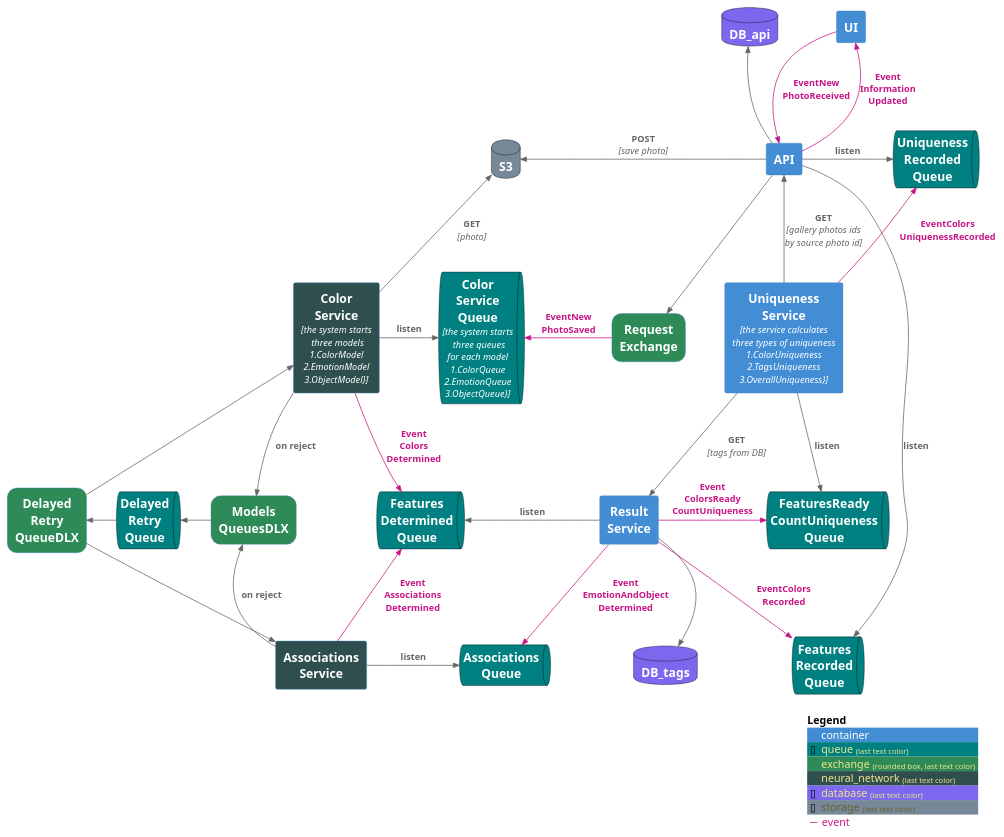
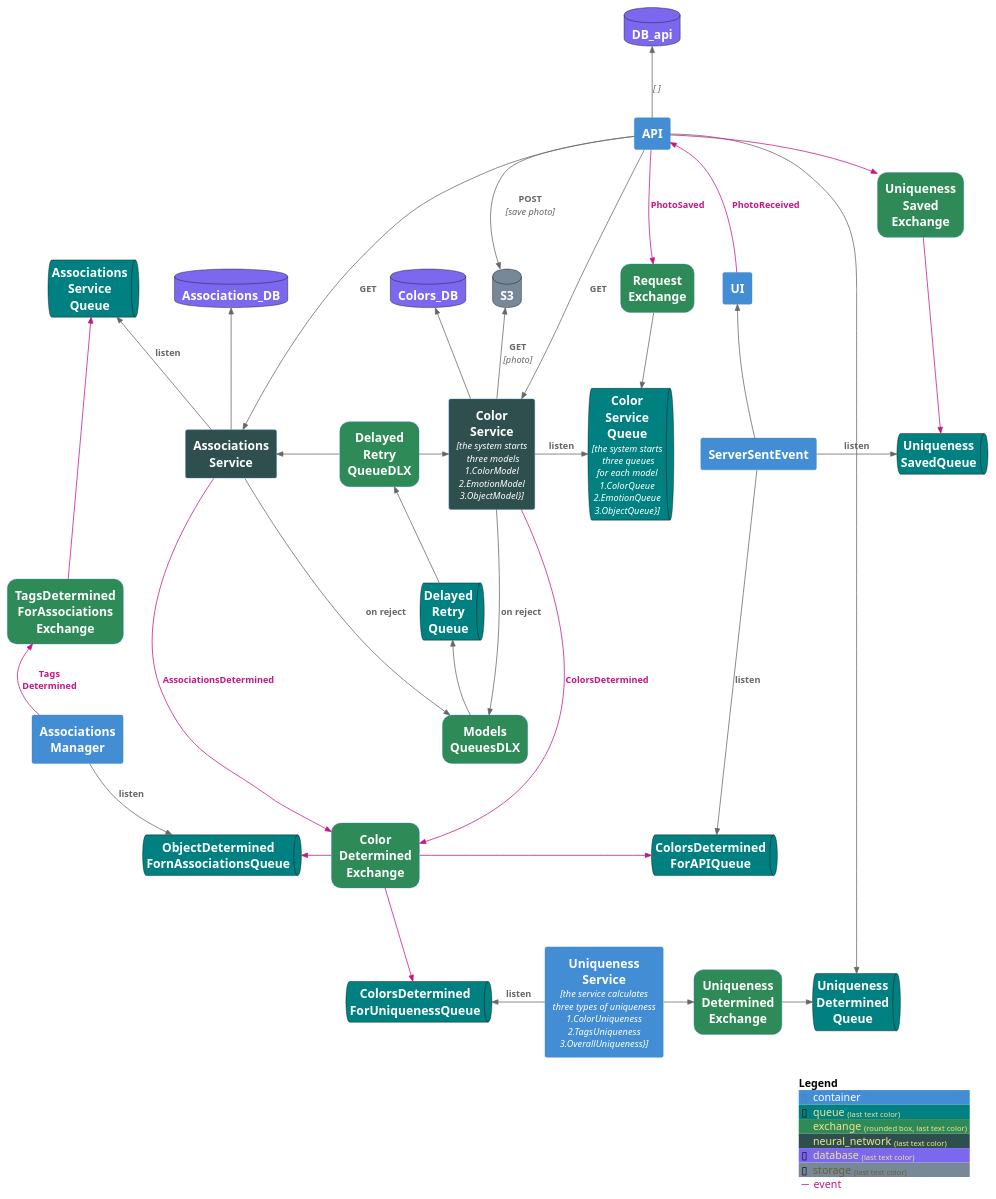
The diagram in system_components_diagram.puml (TourmalineCore/picachu-documentation), drawn with PlantUML before and after one commit. The commit also changed other lines of this file and 1 other file, not shown here.

Commit message:
docs(plantuml): add plantuml system diagram

```diff
--- a/system_components_diagram.puml
+++ b/system_components_diagram.puml
@@ -1,104 +1,146 @@
 @startuml C4_Elements
 !include https://raw.githubusercontent.com/plantuml-stdlib/C4-PlantUML/master/C4_Container.puml
 HIDE_STEREOTYPE()
 
 AddElementTag("queue", $bgColor="Teal",$borderColor="black")
 AddElementTag("exchange", $bgColor="SeaGreen",$shape=RoundedBoxShape())
 AddElementTag("neural_network", $bgColor="DarkSlateGray")
 AddElementTag("database", $bgColor="MediumSlateBlue",$borderColor="black")
 AddElementTag("storage", $bgColor="LightSlateGray",$borderColor="black")
 AddRelTag("event", $textColor="MediumVioletRed", $lineColor="MediumVioletRed")
 
 Container(UI, "UI", "", "")
 Container(API, "API", "", "")
+Container(ServerSentEvent, "ServerSentEvent", "", "")
 
 ContainerQueue(ColorServiceQueue, "Color\nService\nQueue", "the system starts\n three queues\nfor each model\n1.ColorQueue\n2.EmotionQueue\n3.ObjectQueue}", "",$tags = "queue")
+ContainerQueue(AssociationsServiceQueue, "Associations\nService\nQueue", "", "",$tags = "queue")
+
+
 
 ContainerDb(S3, "S3", "", "",$tags="storage")
-ContainerDb(DB, "DB_api", "", "",$tags="database")
-ContainerDb(DB_tags, "DB_tags", "", "", $tags="database")
+ContainerDb(DB_api, "DB_api", "", "",$tags="database")
+ContainerDb(Associations_DB, "Associations_DB", "", "",$tags="database")
+ContainerDb(Colors_DB, "Colors_DB", "", "",$tags="database")
+
 ContainerQueue(DelayedRetryQueue, "Delayed\nRetry\nQueue", "", "",  $tags = "queue")
 Container(ColorService, "Color\nService", "the system starts\n three models\n1.ColorModel\n2.EmotionModel\n3.ObjectModel}", "",$tags="neural_network")
 
+Container(AssociationsManager, "Associations\nManager", "", "")
+
+
 Container(RequestExchange, "Request\nExchange", "", "", $tags ="exchange")
+Container(ColorDeterminedExchange, "Color\nDetermined\nExchange", "", "", $tags ="exchange")
+Container(UniquenessDeterminedExchange, "Uniqueness\nDetermined\nExchange", "", "", $tags ="exchange")
+
+Container(UniquenessSavedExchange, "Uniqueness\nSaved\nExchange", "", "", $tags ="exchange")
+ContainerQueue(UniquenessSavedQueue, "Uniqueness\nSavedQueue", "", "",$tags = "queue")
+
 
 Container(ModelsQueuesDLX, "Models\nQueuesDLX", "", "",$tags ="exchange")
 Container(DelayedRetryQueueDLX, "Delayed\nRetry\nQueueDLX", "", "",$tags ="exchange")
 
-Container(ResultService, "Result\nService", "", "")
-ContainerQueue(FeaturesDeterminedQueue, "Features\nDetermined\nQueue", "", "",$tags = "queue")
+ContainerQueue(ColorsDeterminedForAPIQueue, "ColorsDetermined\nForAPIQueue", "", "",$tags = "queue")
+ContainerQueue(ColorsDeterminedForUniquenessQueue, "ColorsDetermined\nForUniquenessQueue", "", "",$tags = "queue")
 
-ContainerQueue(AssociationsQueue, "Associations\nQueue", "", "",$tags = "queue")
+Container(TagsDeterminedForAssociationsExchange, "TagsDetermined\nForAssociations\nExchange", "", "", $tags ="exchange")
+
+ContainerQueue(ObjectDeterminedForAssociationsQueue, "ObjectDetermined\nFornAssociationsQueue", "", "",$tags = "queue")
 Container(AssociationsService, "Associations\nService", "", "",$tags="neural_network")
 
 Container(UniquenessService, "Uniqueness\nService", "the service calculates\nthree types of uniqueness \n1.ColorUniqueness\n2.TagsUniqueness\n3.OverallUniqueness}", "")
-ContainerQueue(FeaturesReadyСountUniquenessQueue, "FeaturesReady\nСountUniqueness\nQueue", "", "",$tags = "queue")
-ContainerQueue(UniquenessRecordedQueue, "Uniqueness\nRecorded\nQueue", "", "",$tags = "queue")
-ContainerQueue(FeaturesRecordedQueue, "Features\nRecorded\nQueue", "", "",$tags = "queue")
+ContainerQueue(UniquenessDeterminedQueue, "Uniqueness\nDetermined\nQueue", "", "",$tags = "queue")
 
+Rel_L(UI, API, "PhotoReceived", "",$tags ="event")
+Rel_D(API, S3, "POST", "save photo")
+Rel_U(API, DB_api, " ", " ")
+Rel_D(API, RequestExchange, "PhotoSaved", "",$tags ="event")
 
-Rel_D(UI, API, "EventNew\nPhotoReceived", "",$tags ="event")
-
-Rel_U(API, UI, "Event\nInformation\nUpdated", "",$tags ="event")
-
-Rel_D(API, RequestExchange, " ", "")
-Rel_L(API, S3, "POST", "save photo")
-Rel_U(API, DB, " ", "")
-Rel_L(RequestExchange, ColorServiceQueue, "EventNew\nPhotoSaved", "",$tags ="event")
+Rel_D(RequestExchange, ColorServiceQueue, " ", "")
 Rel_R(ColorService, ColorServiceQueue, "listen", "")
 Rel_U(ColorService, S3, "GET", "photo")
 
-Rel(ColorService, FeaturesDeterminedQueue, "Event\nColors\nDetermined", "",$tags ="event")
-Lay_U(FeaturesDeterminedQueue,ColorServiceQueue)
+Rel_R(DelayedRetryQueueDLX, ColorService, " ", "")
+Rel_L(DelayedRetryQueueDLX, AssociationsService, " ", "")
 
+Rel_U(ColorService, Colors_DB, " ", "")
+Rel_U(AssociationsService,Associations_DB,  " ", "")
 
-Lay_U(AssociationsQueue,ColorServiceQueue)
+Rel_D(API, ColorService,  "GET", "")
+Rel_D(API, AssociationsService,  "GET", "")
 
-Rel_R(AssociationsService, AssociationsQueue, "listen", "")
-
-Lay_U(AssociationsService,ModelsQueuesDLX)
-Lay_U(AssociationsService,ColorService)
-Lay_U(DB_tags,RequestExchange)
+Lay_R(ColorService,DelayedRetryQueueDLX)
 
 
 Rel_D(ColorService, ModelsQueuesDLX, "on reject", "")
-Rel_U(AssociationsService, ModelsQueuesDLX, "on reject", "")
-
-Rel_L(ModelsQueuesDLX, DelayedRetryQueue, " ", "")
-Rel_L(DelayedRetryQueue, DelayedRetryQueueDLX, " ", "")
-
-Rel(DelayedRetryQueueDLX, ColorService, " ", "")
-
-Lay_R(DelayedRetryQueueDLX,DelayedRetryQueue)
-Lay_R(DelayedRetryQueue,ModelsQueuesDLX)
-Lay_U(DelayedRetryQueueDLX,ColorService)
-
-Rel(DelayedRetryQueueDLX, AssociationsService, " ", "")
-Rel_U(AssociationsService, FeaturesDeterminedQueue, "Event\nAssociations\nDetermined", "",$tags ="event")
-
-Rel_L(ResultService, FeaturesDeterminedQueue, "listen", "")
-Rel(ResultService, FeaturesRecordedQueue, "EventColors\nRecorded", "",,$tags ="event")
-
-Rel_D(ResultService, AssociationsQueue, "Event\nEmotionAndObject\nDetermined", $tags ="event")
-Rel_D(ResultService, DB_tags, " ", "")
-
-Rel_R(ResultService, FeaturesReadyСountUniquenessQueue, "Event\nColorsReady\nСountUniqueness", "",$tags ="event")
-Rel_D(UniquenessService, FeaturesReadyСountUniquenessQueue, "listen", "")
-
-Rel_D(UniquenessService, ResultService, "GET", "tags from DB")
-
-Rel_U(UniquenessService,UniquenessRecordedQueue ,  "EventColors\nUniquenessRecorded",$tags ="event")
-
-Lay_U(UniquenessService,FeaturesReadyСountUniquenessQueue)
-Lay_R(RequestExchange,UniquenessService)
+Rel_D(AssociationsService, ModelsQueuesDLX, "on reject", "")
 
 
-Rel_R(API, UniquenessRecordedQueue,  "listen", "")
-Rel_R(API, FeaturesRecordedQueue,  "listen", "")
+Rel_U(ModelsQueuesDLX, DelayedRetryQueue, " ", "")
 
-Rel_U(UniquenessService,API ,  "GET", "gallery photos ids\nby source photo id")
-Lay_D(FeaturesReadyСountUniquenessQueue,FeaturesRecordedQueue)
+Lay_U(DelayedRetryQueue,DelayedRetryQueueDLX)
+Lay_U(DelayedRetryQueue,ColorService)
+Rel_U(DelayedRetryQueue, DelayedRetryQueueDLX, " ", "")
+
+
+Rel(ColorService, ColorDeterminedExchange, "ColorsDetermined", "",$tags ="event")
+Rel_D(AssociationsService, ColorDeterminedExchange, "AssociationsDetermined", "",$tags ="event")
+
+Lay_D(AssociationsService,ColorDeterminedExchange)
+Lay_D(DelayedRetryQueueDLX,ColorDeterminedExchange)
+Lay_D(DelayedRetryQueue,ColorDeterminedExchange)
+Lay_D(ModelsQueuesDLX,ColorDeterminedExchange)
+Lay_D(DelayedRetryQueue,ModelsQueuesDLX)
+
+
+Rel_R(ColorDeterminedExchange, ColorsDeterminedForAPIQueue, " ", "",$tags ="event")
+Rel_R(ColorDeterminedExchange, ObjectDeterminedForAssociationsQueue, " ", "",$tags ="event")
+Rel_R(ColorDeterminedExchange, ColorsDeterminedForUniquenessQueue, " ", "",$tags ="event")
+
+
+
+Lay_R(ColorDeterminedExchange,ObjectDeterminedForAssociationsQueue)
+
+
+Lay_L(ColorsDeterminedForUniquenessQueue,ObjectDeterminedForAssociationsQueue)
+
+Lay_L(ColorDeterminedExchange,ObjectDeterminedForAssociationsQueue)
+
+
+Lay_D(AssociationsManager,ObjectDeterminedForAssociationsQueue)
+Lay_U(AssociationsManager,TagsDeterminedForAssociationsExchange)
+
+Rel_R(AssociationsManager, ObjectDeterminedForAssociationsQueue, "listen", "")
+
+Rel_U(AssociationsService, AssociationsServiceQueue, "listen", "")
+
+Rel_U(AssociationsManager, TagsDeterminedForAssociationsExchange, "Tags\nDetermined", "",$tags ="event")
+
+Rel_U(TagsDeterminedForAssociationsExchange,AssociationsServiceQueue, " ", "",$tags ="event")
+
+
+Rel_L(UniquenessService, ColorsDeterminedForUniquenessQueue, "listen", "")
+
+Rel_R(UniquenessService, UniquenessDeterminedExchange, " ", "")
+
+Lay_L(ColorsDeterminedForUniquenessQueue,DelayedRetryQueue)
+Rel_R(UniquenessDeterminedExchange, UniquenessDeterminedQueue, " ", "")
+
+Rel_R(API, UniquenessDeterminedQueue, " ", "")
+
+Rel_R(ServerSentEvent, ColorsDeterminedForAPIQueue, "listen", "")
+
+Lay_D(ColorsDeterminedForAPIQueue,ColorsDeterminedForUniquenessQueue)
+
+Lay_R(ServerSentEvent,UI)
+
+Lay_R(RequestExchange,UI)
+Rel_U(ServerSentEvent, UI, " ", "")
+
+Rel_R(ServerSentEvent, UniquenessSavedQueue, "listen", "")
+Rel_D(UniquenessSavedExchange, UniquenessSavedQueue, " ", "",$tags ="event")
+Rel_R(API,UniquenessSavedExchange, " ", "",$tags ="event")
 
 
 SHOW_LEGEND(false)
 @enduml
```
